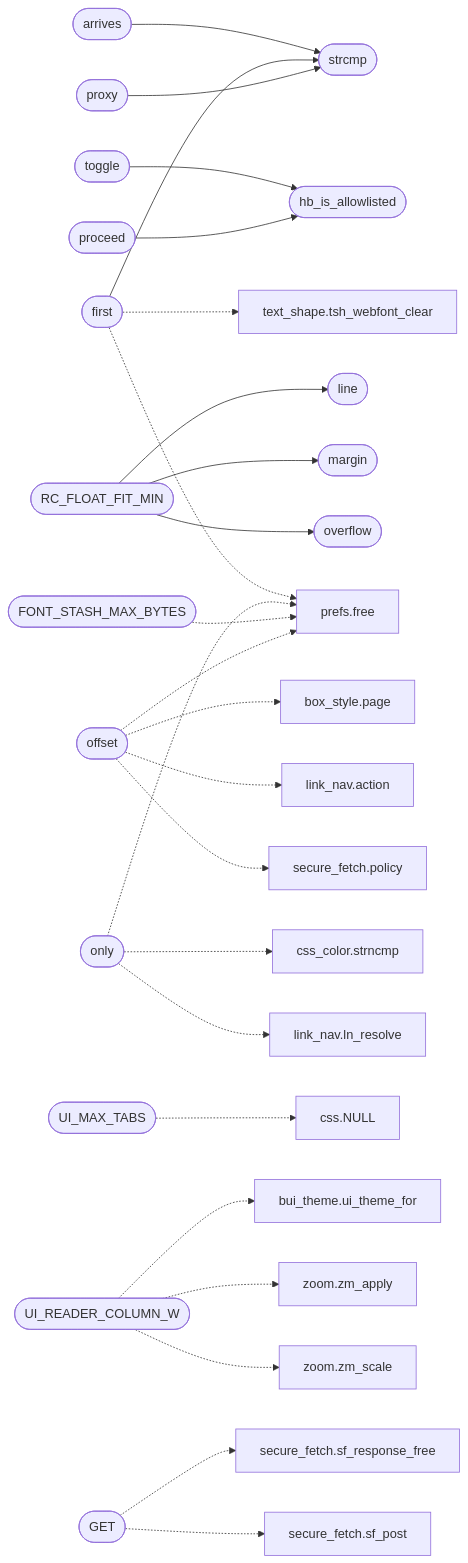
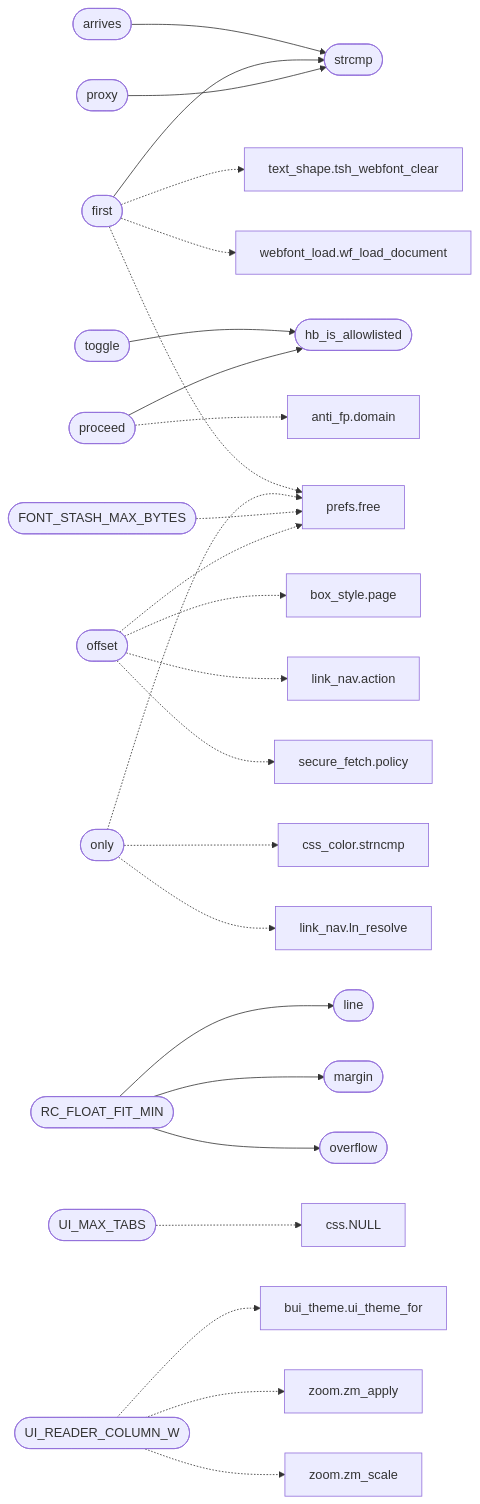
Before and after one commit to grisuno/FreeDom: the second of 2 diagrams in readmenator-apidocs/modules/gui.browser_ui.c.md, drawn with Mermaid. The commit also changed other lines of this file and 169 other files, not shown here.

````diff
--- a/readmenator-apidocs/modules/gui.browser_ui.c.md
+++ b/readmenator-apidocs/modules/gui.browser_ui.c.md
@@ -75,57 +75,56 @@
 ```mermaid
 flowchart LR
     n_gui_browser_ui_c__proxy(["proxy"])
     n_gui_browser_ui_c__strcmp(["strcmp"])
     n_gui_browser_ui_c__first(["first"])
     n_gui_browser_ui_c__proceed(["proceed"])
     n_gui_browser_ui_c__hb_is_allowlisted(["hb_is_allowlisted"])
     n_gui_browser_ui_c__toggle(["toggle"])
     n_gui_browser_ui_c__arrives(["arrives"])
     n_gui_browser_ui_c__RC_FLOAT_FIT_MIN(["RC_FLOAT_FIT_MIN"])
     n_gui_browser_ui_c__line(["line"])
     n_gui_browser_ui_c__margin(["margin"])
     n_gui_browser_ui_c__overflow(["overflow"])
     n_gui_browser_ui_c__offset(["offset"])
     n_include_box_style_h__page["box_style.page"]
     n_include_link_nav_h__action["link_nav.action"]
     n_include_prefs_h__free["prefs.free"]
     n_include_secure_fetch_h__policy["secure_fetch.policy"]
     n_gui_browser_ui_c__UI_MAX_TABS(["UI_MAX_TABS"])
     n_src_css_c__NULL["css.NULL"]
     n_gui_browser_ui_c__UI_READER_COLUMN_W(["UI_READER_COLUMN_W"])
     n_gui_bui_theme_c__ui_theme_for["bui_theme.ui_theme_for"]
     n_include_zoom_h__zm_apply["zoom.zm_apply"]
     n_include_zoom_h__zm_scale["zoom.zm_scale"]
-    n_gui_browser_ui_c__GET(["GET"])
-    n_include_secure_fetch_h__sf_response_free["secure_fetch.sf_response_free"]
-    n_src_secure_fetch_c__sf_post["secure_fetch.sf_post"]
     n_gui_browser_ui_c__FONT_STASH_MAX_BYTES(["FONT_STASH_MAX_BYTES"])
     n_gui_browser_ui_c__only(["only"])
     n_src_css_color_c__strncmp["css_color.strncmp"]
     n_src_link_nav_c__ln_resolve["link_nav.ln_resolve"]
     n_include_text_shape_h__tsh_webfont_clear["text_shape.tsh_webfont_clear"]
+    n_src_webfont_load_c__wf_load_document["webfont_load.wf_load_document"]
+    n_include_anti_fp_h__domain["anti_fp.domain"]
     n_gui_browser_ui_c__proxy --> n_gui_browser_ui_c__strcmp
     n_gui_browser_ui_c__first --> n_gui_browser_ui_c__strcmp
     n_gui_browser_ui_c__proceed --> n_gui_browser_ui_c__hb_is_allowlisted
     n_gui_browser_ui_c__toggle --> n_gui_browser_ui_c__hb_is_allowlisted
     n_gui_browser_ui_c__arrives --> n_gui_browser_ui_c__strcmp
     n_gui_browser_ui_c__RC_FLOAT_FIT_MIN --> n_gui_browser_ui_c__line
     n_gui_browser_ui_c__RC_FLOAT_FIT_MIN --> n_gui_browser_ui_c__margin
     n_gui_browser_ui_c__RC_FLOAT_FIT_MIN --> n_gui_browser_ui_c__overflow
     n_gui_browser_ui_c__offset -.-> n_include_box_style_h__page
     n_gui_browser_ui_c__offset -.-> n_include_link_nav_h__action
     n_gui_browser_ui_c__offset -.-> n_include_prefs_h__free
     n_gui_browser_ui_c__offset -.-> n_include_secure_fetch_h__policy
     n_gui_browser_ui_c__UI_MAX_TABS -.-> n_src_css_c__NULL
     n_gui_browser_ui_c__UI_READER_COLUMN_W -.-> n_gui_bui_theme_c__ui_theme_for
     n_gui_browser_ui_c__UI_READER_COLUMN_W -.-> n_include_zoom_h__zm_apply
     n_gui_browser_ui_c__UI_READER_COLUMN_W -.-> n_include_zoom_h__zm_scale
-    n_gui_browser_ui_c__GET -.-> n_include_secure_fetch_h__sf_response_free
-    n_gui_browser_ui_c__GET -.-> n_src_secure_fetch_c__sf_post
     n_gui_browser_ui_c__FONT_STASH_MAX_BYTES -.-> n_include_prefs_h__free
     n_gui_browser_ui_c__only -.-> n_include_prefs_h__free
     n_gui_browser_ui_c__only -.-> n_src_css_color_c__strncmp
     n_gui_browser_ui_c__only -.-> n_src_link_nav_c__ln_resolve
     n_gui_browser_ui_c__first -.-> n_include_prefs_h__free
     n_gui_browser_ui_c__first -.-> n_include_text_shape_h__tsh_webfont_clear
+    n_gui_browser_ui_c__first -.-> n_src_webfont_load_c__wf_load_document
+    n_gui_browser_ui_c__proceed -.-> n_include_anti_fp_h__domain
 ```
````
